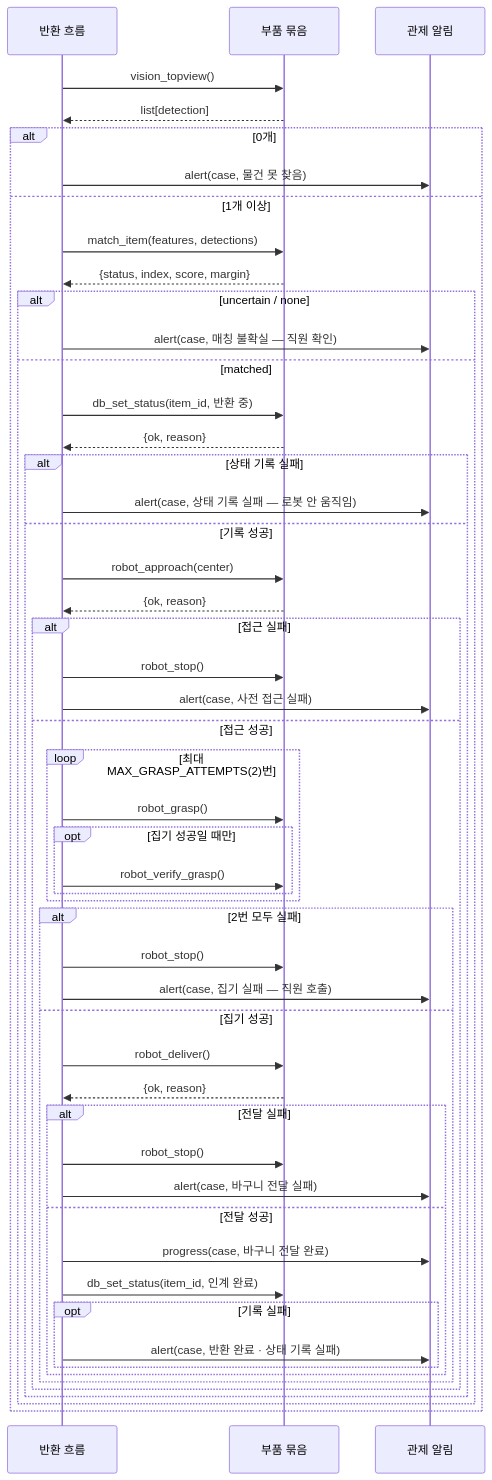
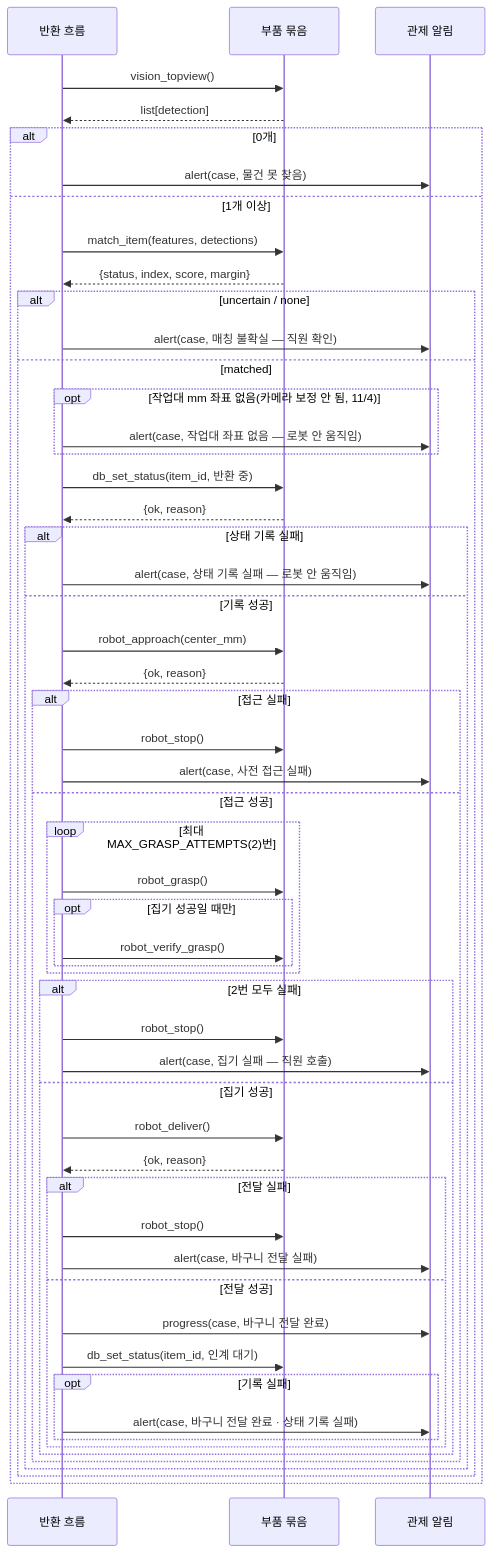
Before and after one commit to agentops-lostfound/ai-lostfound-tower: the second of 2 diagrams in docs/design/sequence.md, drawn with Mermaid. The commit also changed 21 other files, not shown here.

First line of the commit message:
LF-14 로봇에는 작업대 mm 좌표만 넘기고, 바구니 전달 뒤 상태를 인계 대기로 나눔 (순필님 LF-11·12 검토 반영: 픽셀 좌표로는 로봇을 움직일 수 없고, 바구니에 넣은 것과 분실인이 받은 것은 다른 사건이기 때문)

````diff
--- a/docs/design/sequence.md
+++ b/docs/design/sequence.md
@@ -41,54 +41,57 @@
 ```mermaid
 sequenceDiagram
   participant Sup as 반환 흐름
   participant BE as 부품 묶음
   participant Rep as 관제 알림
   Sup->>BE: vision_topview()
   BE-->>Sup: list[detection]
   alt 0개
     Sup->>Rep: alert(case, 물건 못 찾음)
   else 1개 이상
     Sup->>BE: match_item(features, detections)
     BE-->>Sup: {status, index, score, margin}
     alt uncertain / none
       Sup->>Rep: alert(case, 매칭 불확실 — 직원 확인)
     else matched
+      opt 작업대 mm 좌표 없음(카메라 보정 안 됨, 11/4)
+        Sup->>Rep: alert(case, 작업대 좌표 없음 — 로봇 안 움직임)
+      end
       Sup->>BE: db_set_status(item_id, 반환 중)
       BE-->>Sup: {ok, reason}
       alt 상태 기록 실패
         Sup->>Rep: alert(case, 상태 기록 실패 — 로봇 안 움직임)
       else 기록 성공
-      Sup->>BE: robot_approach(center)
+      Sup->>BE: robot_approach(center_mm)
       BE-->>Sup: {ok, reason}
       alt 접근 실패
         Sup->>BE: robot_stop()
         Sup->>Rep: alert(case, 사전 접근 실패)
       else 접근 성공
         loop 최대 MAX_GRASP_ATTEMPTS(2)번
           Sup->>BE: robot_grasp()
           opt 집기 성공일 때만
             Sup->>BE: robot_verify_grasp()
           end
         end
         alt 2번 모두 실패
           Sup->>BE: robot_stop()
           Sup->>Rep: alert(case, 집기 실패 — 직원 호출)
         else 집기 성공
           Sup->>BE: robot_deliver()
           BE-->>Sup: {ok, reason}
           alt 전달 실패
             Sup->>BE: robot_stop()
             Sup->>Rep: alert(case, 바구니 전달 실패)
           else 전달 성공
             Sup->>Rep: progress(case, 바구니 전달 완료)
-            Sup->>BE: db_set_status(item_id, 인계 완료)
+            Sup->>BE: db_set_status(item_id, 인계 대기)
             opt 기록 실패
-              Sup->>Rep: alert(case, 반환 완료 · 상태 기록 실패)
+              Sup->>Rep: alert(case, 바구니 전달 완료 · 상태 기록 실패)
             end
           end
         end
       end
       end
     end
   end
 ```
````
